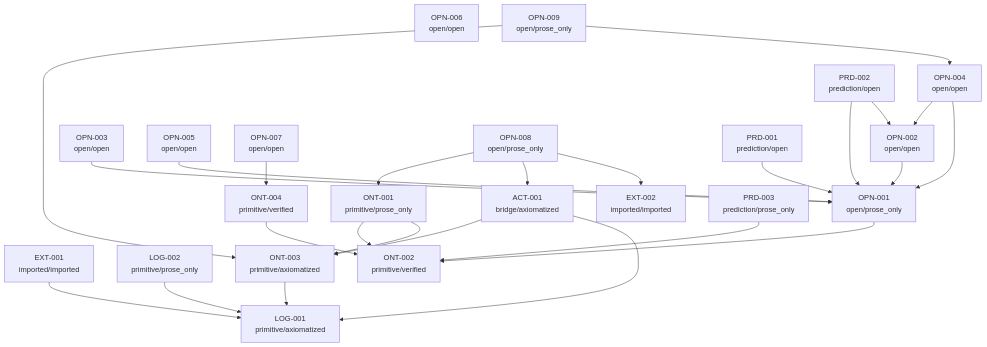
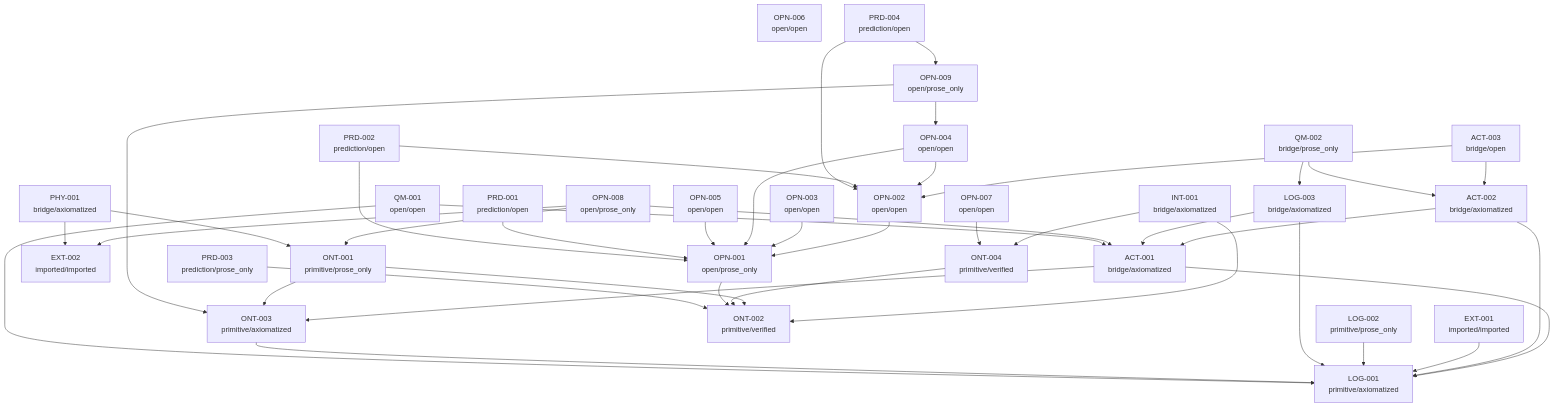
The diagram in traceability/generated/dependency-graph.mmd (jdlongmire/triadic-reality-theory), drawn with Mermaid before and after one commit. The commit also changed 26 other files, not shown here.

```diff
--- a/traceability/generated/dependency-graph.mmd
+++ b/traceability/generated/dependency-graph.mmd
@@ -1,46 +1,70 @@
 graph TD
   ACT-001["ACT-001<br/>bridge/axiomatized"]
+  ACT-002["ACT-002<br/>bridge/axiomatized"]
+  ACT-003["ACT-003<br/>bridge/open"]
   EXT-001["EXT-001<br/>imported/imported"]
   EXT-002["EXT-002<br/>imported/imported"]
+  INT-001["INT-001<br/>bridge/axiomatized"]
   LOG-001["LOG-001<br/>primitive/axiomatized"]
   LOG-002["LOG-002<br/>primitive/prose_only"]
+  LOG-003["LOG-003<br/>bridge/axiomatized"]
   ONT-001["ONT-001<br/>primitive/prose_only"]
   ONT-002["ONT-002<br/>primitive/verified"]
   ONT-003["ONT-003<br/>primitive/axiomatized"]
   ONT-004["ONT-004<br/>primitive/verified"]
   OPN-001["OPN-001<br/>open/prose_only"]
   OPN-002["OPN-002<br/>open/open"]
   OPN-003["OPN-003<br/>open/open"]
   OPN-004["OPN-004<br/>open/open"]
   OPN-005["OPN-005<br/>open/open"]
   OPN-006["OPN-006<br/>open/open"]
   OPN-007["OPN-007<br/>open/open"]
   OPN-008["OPN-008<br/>open/prose_only"]
   OPN-009["OPN-009<br/>open/prose_only"]
+  PHY-001["PHY-001<br/>bridge/axiomatized"]
   PRD-001["PRD-001<br/>prediction/open"]
   PRD-002["PRD-002<br/>prediction/open"]
   PRD-003["PRD-003<br/>prediction/prose_only"]
+  PRD-004["PRD-004<br/>prediction/open"]
+  QM-001["QM-001<br/>open/open"]
+  QM-002["QM-002<br/>bridge/prose_only"]
   ACT-001 --> ONT-003
   ACT-001 --> LOG-001
+  ACT-002 --> ACT-001
+  ACT-002 --> LOG-001
+  ACT-003 --> ACT-002
+  ACT-003 --> OPN-002
   EXT-001 --> LOG-001
+  INT-001 --> ONT-002
+  INT-001 --> ONT-004
   LOG-002 --> LOG-001
+  LOG-003 --> LOG-001
+  LOG-003 --> ACT-001
   ONT-001 --> ONT-002
   ONT-001 --> ONT-003
   ONT-003 --> LOG-001
   ONT-004 --> ONT-002
   OPN-001 --> ONT-002
   OPN-002 --> OPN-001
   OPN-003 --> OPN-001
   OPN-004 --> OPN-002
   OPN-004 --> OPN-001
   OPN-005 --> OPN-001
   OPN-007 --> ONT-004
   OPN-008 --> ONT-001
   OPN-008 --> ACT-001
   OPN-008 --> EXT-002
   OPN-009 --> ONT-003
   OPN-009 --> OPN-004
+  PHY-001 --> ONT-001
+  PHY-001 --> EXT-002
   PRD-001 --> OPN-001
   PRD-002 --> OPN-001
   PRD-002 --> OPN-002
   PRD-003 --> ONT-002
+  PRD-004 --> OPN-002
+  PRD-004 --> OPN-009
+  QM-001 --> LOG-001
+  QM-001 --> ACT-001
+  QM-002 --> LOG-003
+  QM-002 --> ACT-002
```
